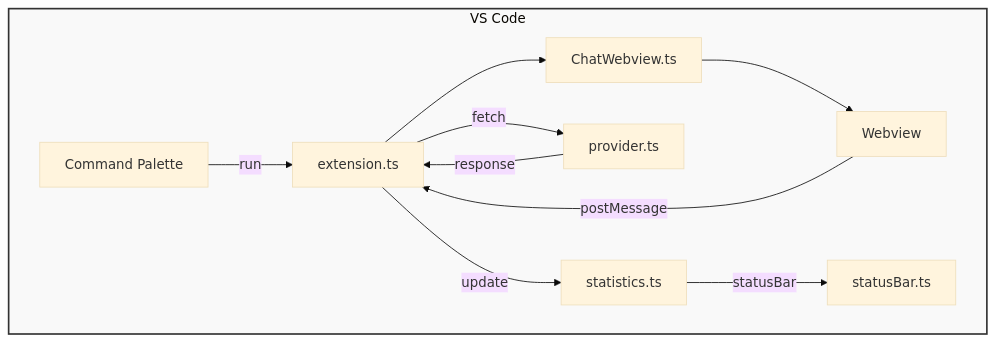
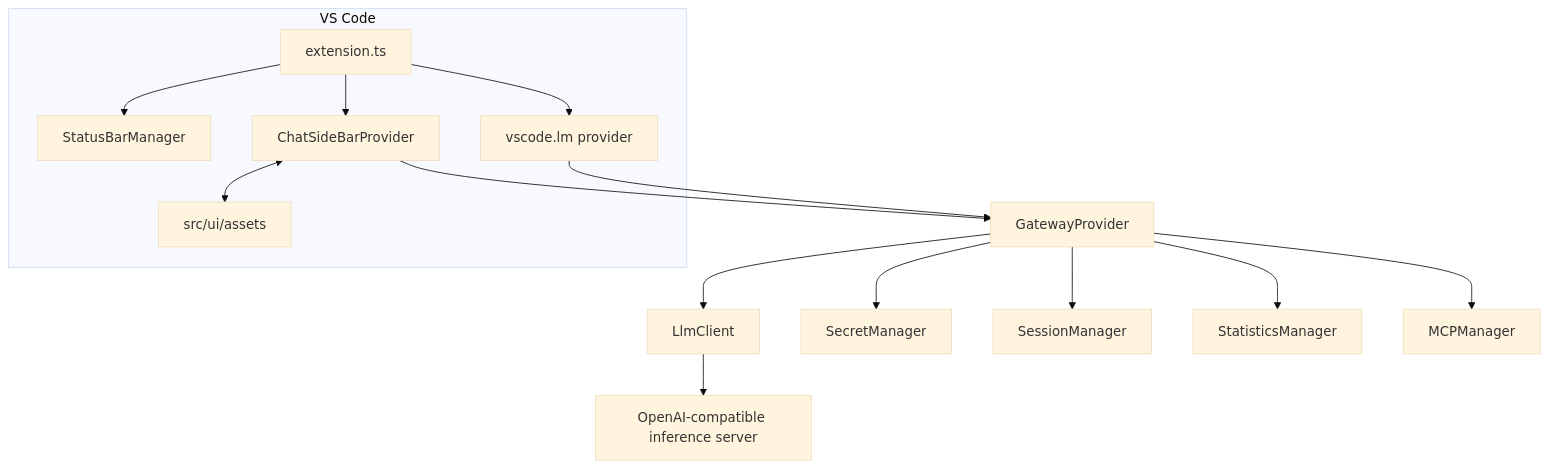
Before and after one commit to fmuntean/private-model-provider: the diagram in docs/ARCHITECTURE.md, drawn with Mermaid (base theme). The commit also changed other lines of this file and 13 other files, not shown here.

````diff
--- a/docs/ARCHITECTURE.md
+++ b/docs/ARCHITECTURE.md
@@ -7,14 +7,23 @@
 ```mermaid
 flowchart TD
     subgraph VSCode[VS Code]
-        A[Command Palette] -->|run| B[extension.ts]
-        B --> C[ChatWebview.ts]
-        C --> D[Webview]
-        D -->|postMessage| B
-        B -->|fetch| E[provider.ts]
-        E -->|response| B
-        B -->|update| F[statistics.ts]
-        F -->|statusBar| G[statusBar.ts]
+        EXT[extension.ts]
+        STATUS[StatusBarManager]
+        CHAT[ChatSideBarProvider]
+        WEB[src/ui/assets]
+        LM[vscode.lm provider]
     end
-    style VSCode fill:#f9f9f9,stroke:#333,stroke-width:2px
+
+    EXT --> STATUS
+    EXT --> CHAT
+    EXT --> LM
+    CHAT <--> WEB
+    CHAT --> PROVIDER[GatewayProvider]
+    LM --> PROVIDER
+    PROVIDER --> CLIENT[LlmClient]
+    PROVIDER --> SECRETS[SecretManager]
+    PROVIDER --> SESSIONS[SessionManager]
+    PROVIDER --> STATS[StatisticsManager]
+    PROVIDER --> MCP[MCPManager]
+    CLIENT --> SERVER[OpenAI-compatible inference server]
 ```
````
